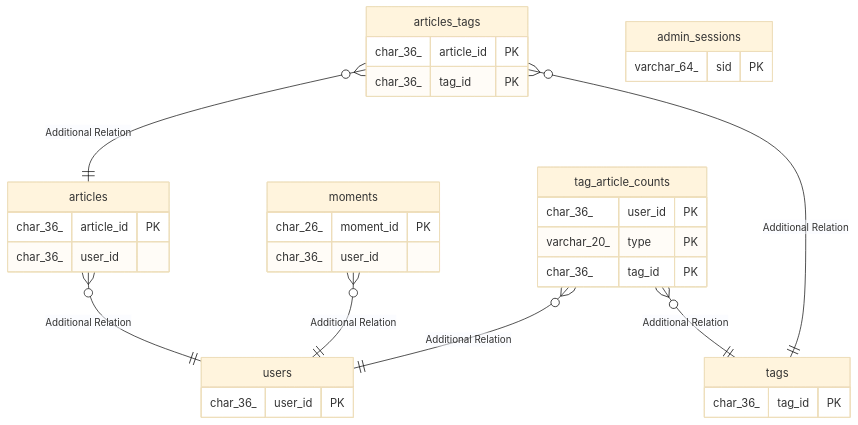
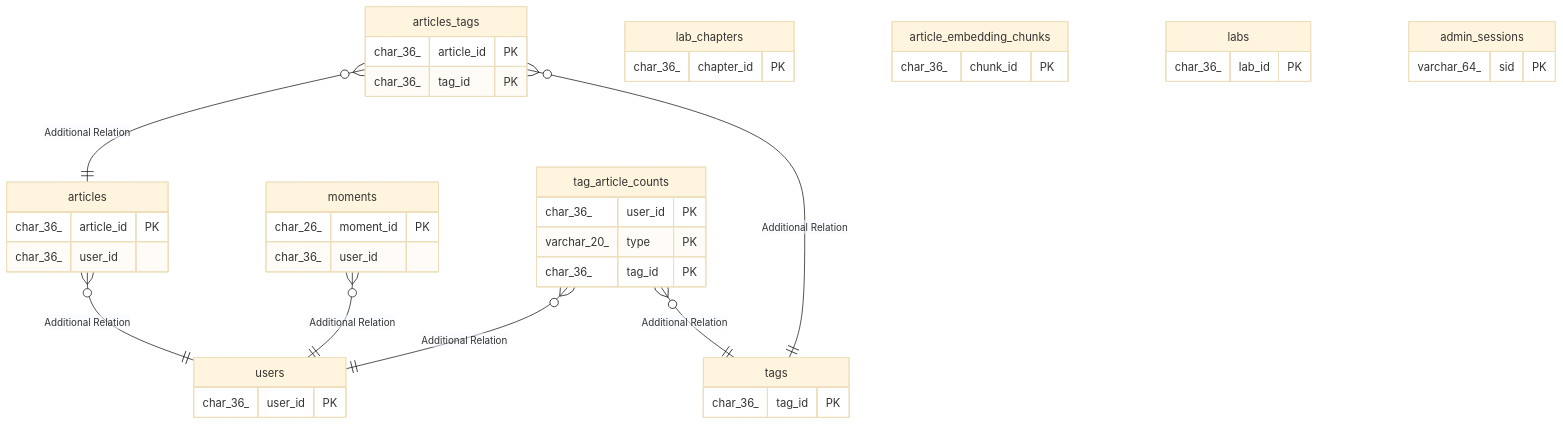
Before and after one commit to shuntaka9576/shuntaka-dev: the diagram in docs/source/01_開発ドキュメント/05_db/README.md, drawn with Mermaid (base theme). The commit also changed other lines of this file and 80 other files, not shown here.

````diff
--- a/docs/source/01_開発ドキュメント/05_db/README.md
+++ b/docs/source/01_開発ドキュメント/05_db/README.md
@@ -17,37 +20,46 @@
 ```mermaid
 erDiagram
 
 "articles" }o--|| "users" : "Additional Relation"
 "moments" }o--|| "users" : "Additional Relation"
 "articles_tags" }o--|| "articles" : "Additional Relation"
 "articles_tags" }o--|| "tags" : "Additional Relation"
 "tag_article_counts" }o--|| "users" : "Additional Relation"
 "tag_article_counts" }o--|| "tags" : "Additional Relation"
 
+"lab_chapters" {
+  char_36_ chapter_id PK
+}
 "articles" {
   char_36_ article_id PK
   char_36_ user_id
 }
+"article_embedding_chunks" {
+  char_36_ chunk_id PK
+}
+"labs" {
+  char_36_ lab_id PK
+}
 "articles_tags" {
   char_36_ article_id PK
+  char_36_ tag_id PK
+}
+"tag_article_counts" {
+  char_36_ user_id PK
+  varchar_20_ type PK
   char_36_ tag_id PK
 }
 "tags" {
   char_36_ tag_id PK
 }
 "users" {
   char_36_ user_id PK
 }
-"tag_article_counts" {
-  char_36_ user_id PK
-  varchar_20_ type PK
-  char_36_ tag_id PK
+"admin_sessions" {
+  varchar_64_ sid PK
 }
 "moments" {
   char_26_ moment_id PK
   char_36_ user_id
 }
-"admin_sessions" {
-  varchar_64_ sid PK
-}
 ```
````
